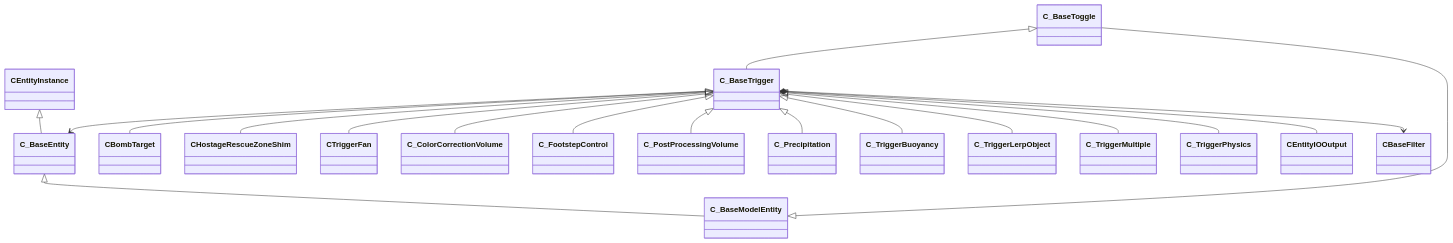
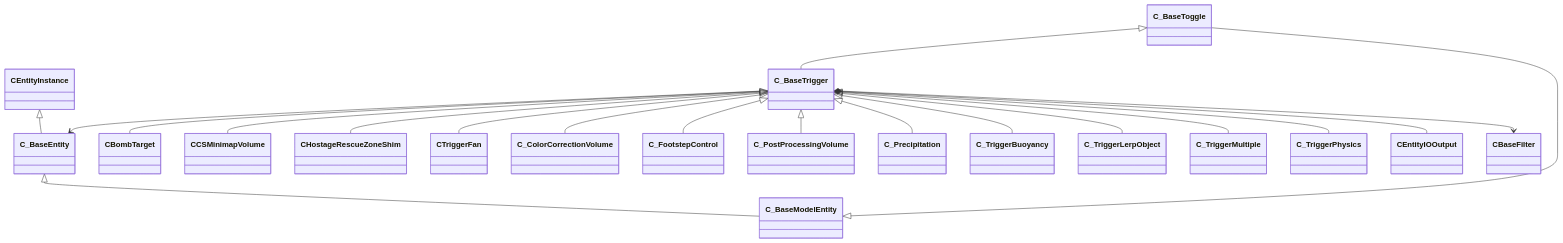
One commit to CS2OpenDev/CS2OpenDev-Docs changed the diagram in docs/generated/schemas/client/C_BaseTrigger.md. Above: the diagram before and after it, drawn with Mermaid. The commit also changed other lines of this file and 4654 other files, not shown here.

Commit message:
docs: regenerate for SchemaTracker build 25947352 [skip ci]

````diff
--- a/docs/generated/schemas/client/C_BaseTrigger.md
+++ b/docs/generated/schemas/client/C_BaseTrigger.md
@@ -21,21 +21,22 @@
 ```mermaid
 classDiagram
     C_BaseToggle <|-- C_BaseTrigger
     C_BaseModelEntity <|-- C_BaseToggle
     C_BaseEntity <|-- C_BaseModelEntity
     CEntityInstance <|-- C_BaseEntity
     C_BaseTrigger <|-- CBombTarget
+    C_BaseTrigger <|-- CCSMinimapVolume
     C_BaseTrigger <|-- CHostageRescueZoneShim
     C_BaseTrigger <|-- CTriggerFan
     C_BaseTrigger <|-- C_ColorCorrectionVolume
     C_BaseTrigger <|-- C_FootstepControl
     C_BaseTrigger <|-- C_PostProcessingVolume
     C_BaseTrigger <|-- C_Precipitation
     C_BaseTrigger <|-- C_TriggerBuoyancy
     C_BaseTrigger <|-- C_TriggerLerpObject
     C_BaseTrigger <|-- C_TriggerMultiple
     C_BaseTrigger <|-- C_TriggerPhysics
     C_BaseTrigger *-- CEntityIOOutput
     C_BaseTrigger --> C_BaseEntity
     C_BaseTrigger --> CBaseFilter
 ```
````
